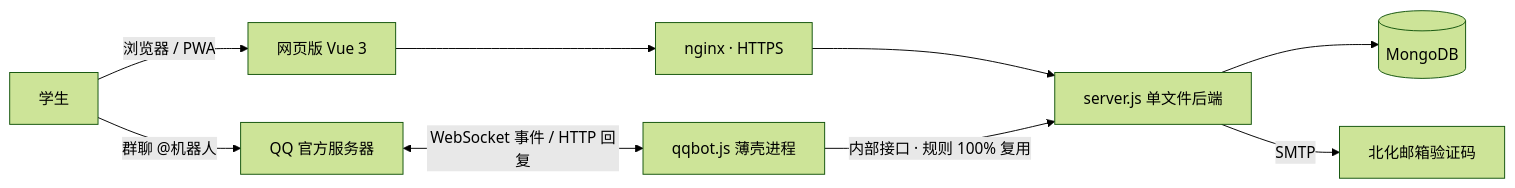
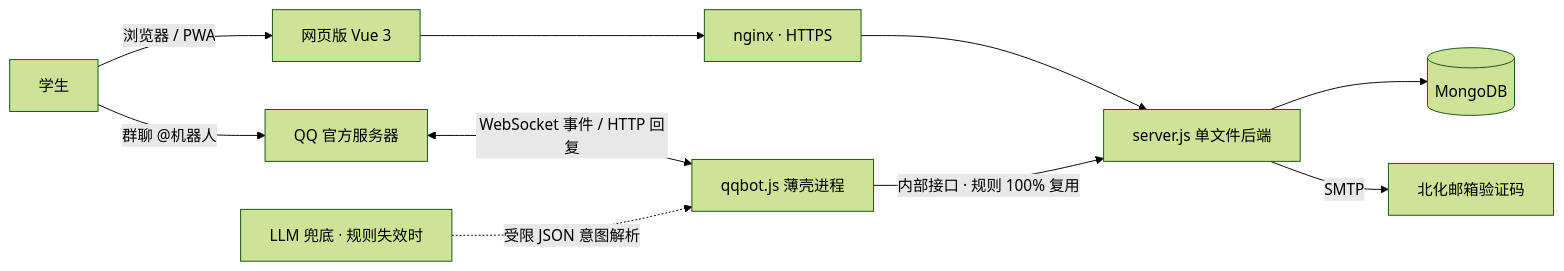
One commit to Prom1seCN/BHTXwebot changed the diagram in README.md. Above: the diagram before and after it, drawn with Mermaid (forest theme). The commit also changed other lines of this file and 2 other files, not shown here.

Commit message:
README 重写：banner 合成图（缓存更新）、功能叙事强化、指令全表、看板截图（v3.0.0）

````diff
--- a/README.md
+++ b/README.md
@@ -51,11 +76,12 @@
 ```mermaid
 flowchart LR
     U[学生] -->|浏览器 / PWA| W[网页版 Vue 3]
     U -->|群聊 @机器人| Q[QQ 官方服务器]
     Q <-- WebSocket 事件 / HTTP 回复 --> B[qqbot.js 薄壳进程]
     W --> N[nginx · HTTPS]
     N --> S[server.js 单文件后端]
     B -->|内部接口 · 规则 100% 复用| S
     S --> M[(MongoDB)]
     S -->|SMTP| E[北化邮箱验证码]
+    L[LLM 兜底 · 规则失效时] -.受限 JSON 意图解析.-> B
 ```
````
